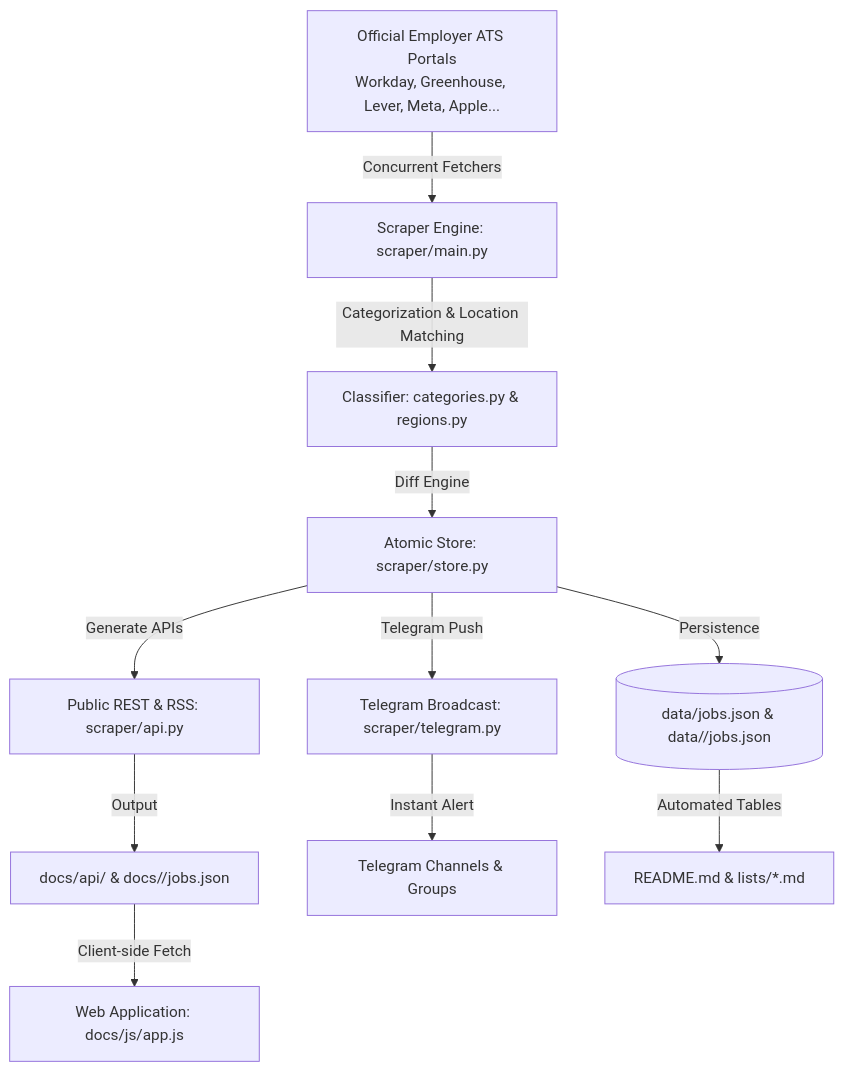
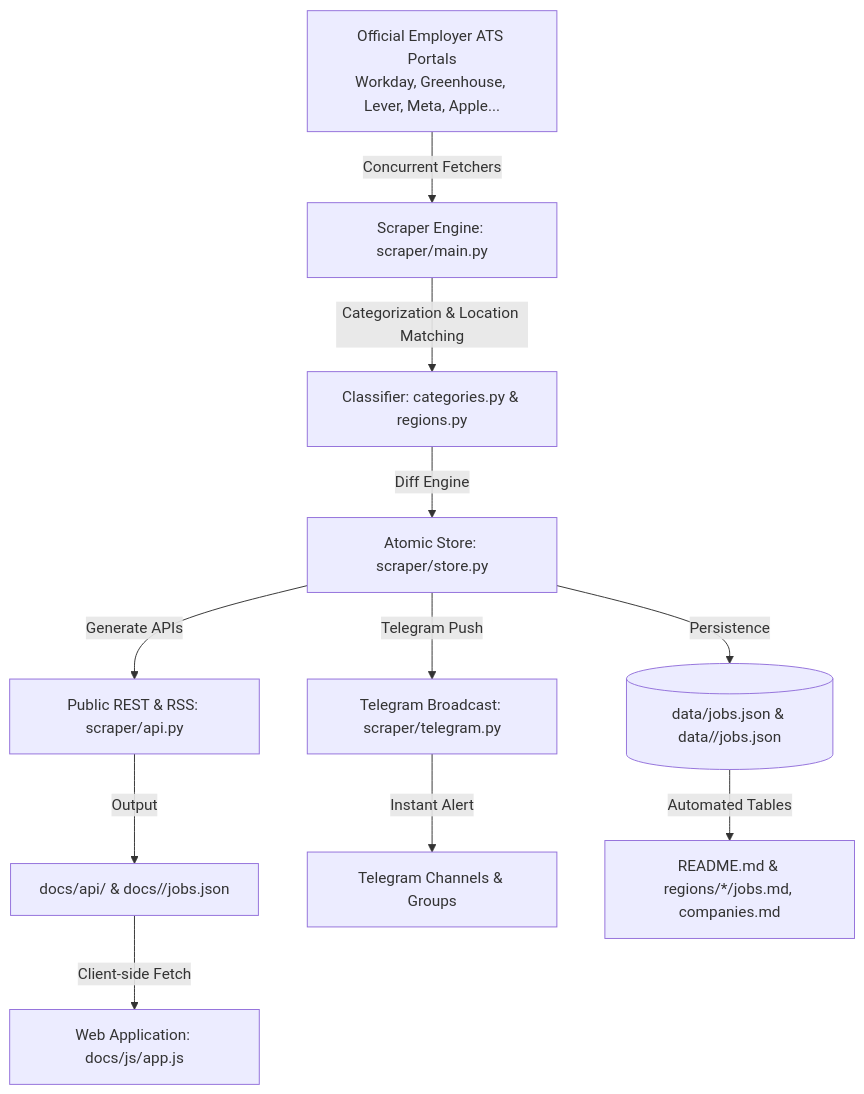
One commit to vishnunandan555/internscan changed the diagram in ARCHITECTURE.md. Above: the diagram before and after it, drawn with Mermaid. The commit also changed other lines of this file and 59 other files, not shown here.

Commit message:
feat(architecture): modularize regional markdown into regions/{code}/jobs.md & companies.md, modernize product README

````diff
--- a/ARCHITECTURE.md
+++ b/ARCHITECTURE.md
@@ -9,13 +9,13 @@
 ```mermaid
 graph TD
     A[Official Employer ATS Portals<br>Workday, Greenhouse, Lever, Meta, Apple...] -->|Concurrent Fetchers| B[Scraper Engine: scraper/main.py]
     B -->|Categorization & Location Matching| C[Classifier: categories.py & regions.py]
     C -->|Diff Engine| D[Atomic Store: scraper/store.py]
     D -->|Persistence| E[(data/jobs.json & data/<country>/jobs.json)]
     D -->|Generate APIs| F[Public REST & RSS: scraper/api.py]
     F -->|Output| G[docs/api/ & docs/<country>/jobs.json]
     D -->|Telegram Push| H[Telegram Broadcast: scraper/telegram.py]
     H -->|Instant Alert| I[Telegram Channels & Groups]
     G -->|Client-side Fetch| J[Web Application: docs/js/app.js]
-    E -->|Automated Tables| K[README.md & lists/*.md]
+    E -->|Automated Tables| K[README.md & regions/*/jobs.md, companies.md]
 ```
````
